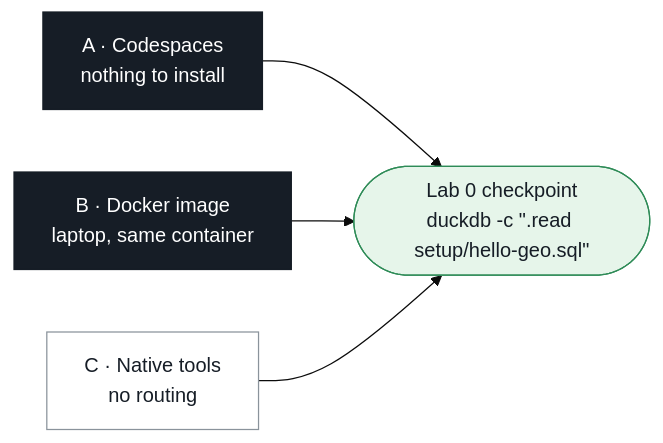
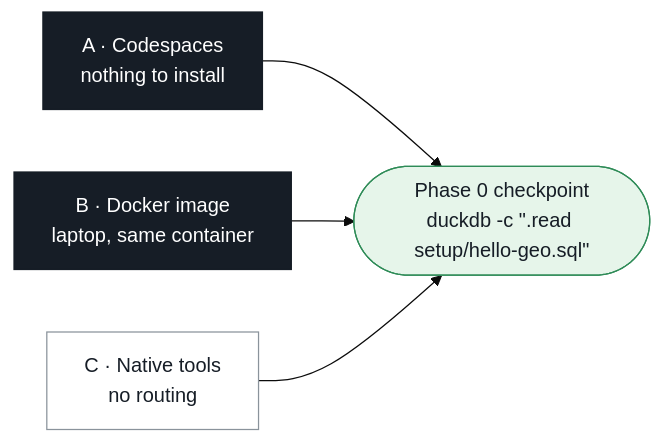
The second of 6 diagrams in README.md (vishal4c/routes-to-safety-workshop), drawn with Mermaid (base theme) before and after one commit. The commit also changed other lines of this file and 37 other files, not shown here.

First line of the commit message:
One terminology everywhere: Phase 0–4 (no more Lab / Block)

````diff
--- a/README.md
+++ b/README.md
@@ -45,14 +45,14 @@
 ```mermaid
 flowchart LR
   classDef step fill:#FFFFFF,stroke:#8A939B,color:#161D26
   classDef chk  fill:#E6F5EA,stroke:#2E8B57,color:#161D26
   classDef tool fill:#161D26,stroke:#161D26,color:#FFFFFF
 
   A["A · Codespaces<br/>nothing to install"]:::tool
   B["B · Docker image<br/>laptop, same container"]:::tool
   C["C · Native tools<br/>no routing"]:::step
-  L0(["Lab 0 checkpoint<br/>duckdb -c &quot;.read setup/hello-geo.sql&quot;"]):::chk
+  L0(["Phase 0 checkpoint<br/>duckdb -c &quot;.read setup/hello-geo.sql&quot;"]):::chk
   A --> L0
   B --> L0
   C --> L0
 ```
````
